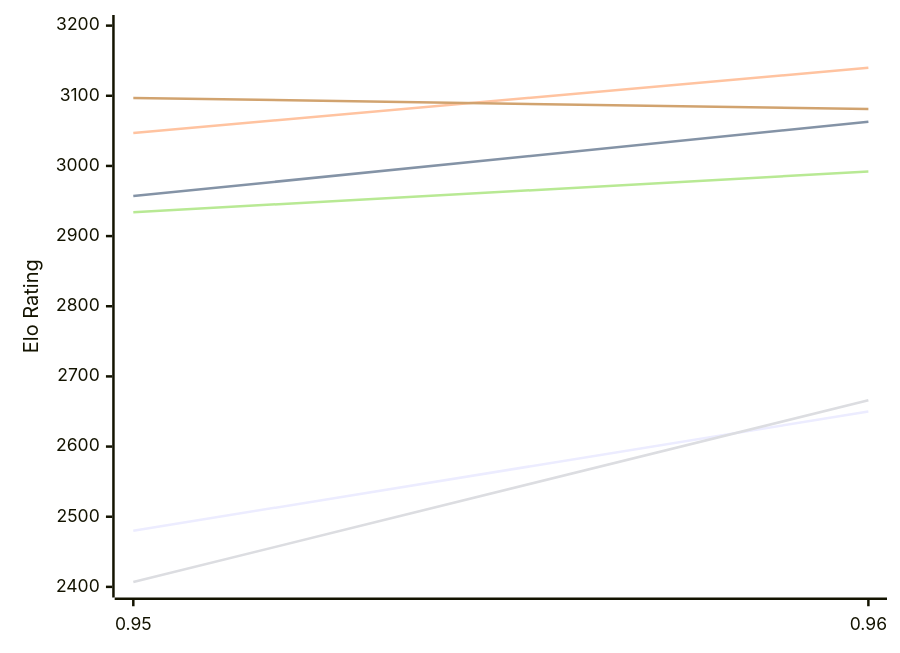
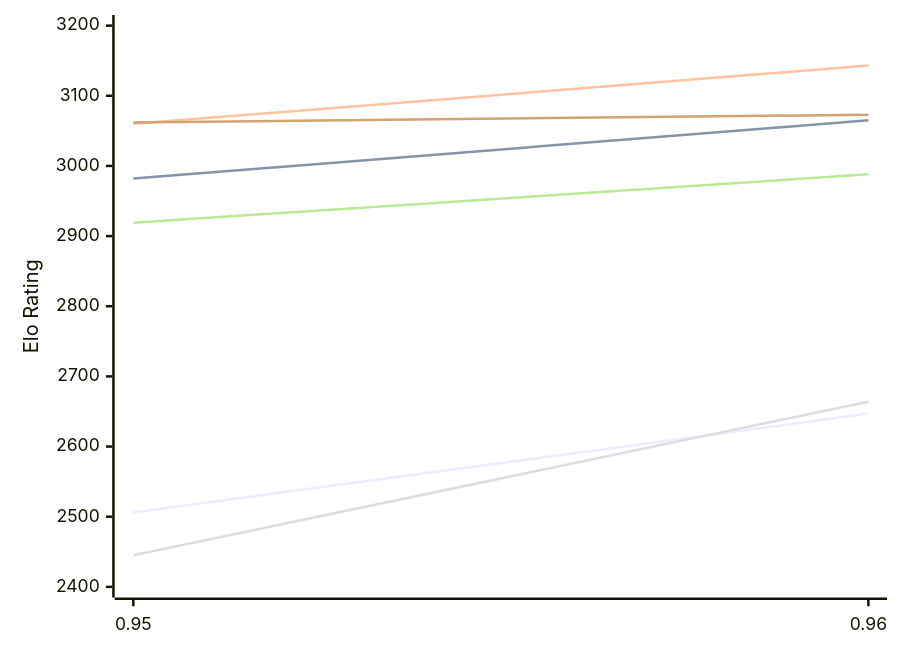
One commit to computer-chess-index/cci changed the first of 2 diagrams in engines/Myrddin.md. Above: the diagram before and after it, drawn with Mermaid. The commit also changed other lines of this file, not shown here.

Commit message:
Update CCI Ratings (ELO VLTC) - 2026-11-15

````diff
--- a/engines/Myrddin.md
+++ b/engines/Myrddin.md
@@ -51,12 +51,12 @@
 ```mermaid
 %%{init: {"theme":"base","themeVariables":{"seriesColors:['#a3a3a3','#222221','#faa371']}}}%%
 xychart-beta
   x-axis ["0.95", "0.96"]
   y-axis "Elo Rating" 2400 --> 3200
-  line "E1: STC (8.0+0.08s)" [2480, 2650]
-  line "E1: LTC (60.0+0.60s)" [2957, 3063]
-  line "E1: VLTC (2m24s+1.12s)" [3047, 3140]
-  line "P1: STC (8.0+0.08s)" [2407, 2666]
-  line "P1: LTC (60.0+0.60s)" [2934, 2992]
-  line "P1: VLTC (2m24s+1.12s)" [3097, 3081]
+  line "E1: STC (8.0+0.08s)" [2506, 2647]
+  line "E1: LTC (60.0+0.60s)" [2982, 3065]
+  line "E1: VLTC (2m24s+1.12s)" [3060, 3143]
+  line "P1: STC (8.0+0.08s)" [2445, 2664]
+  line "P1: LTC (60.0+0.60s)" [2919, 2988]
+  line "P1: VLTC (2m24s+1.12s)" [3062, 3073]
 ```
````
